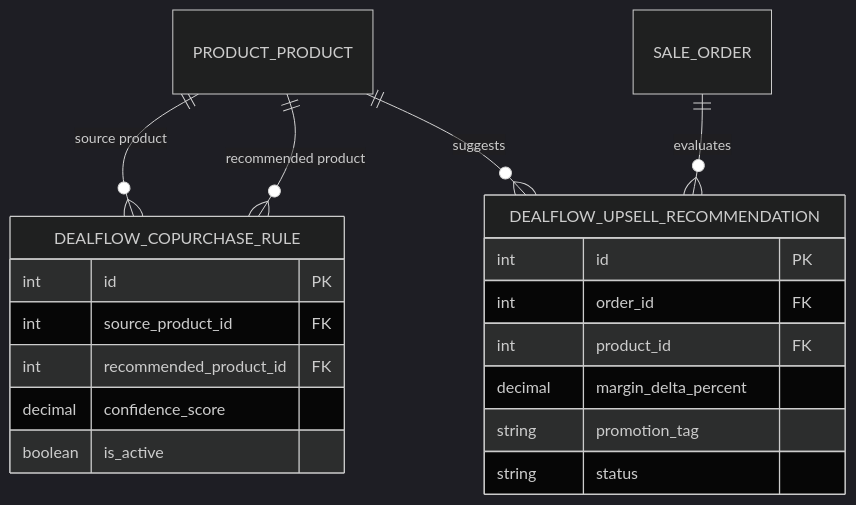
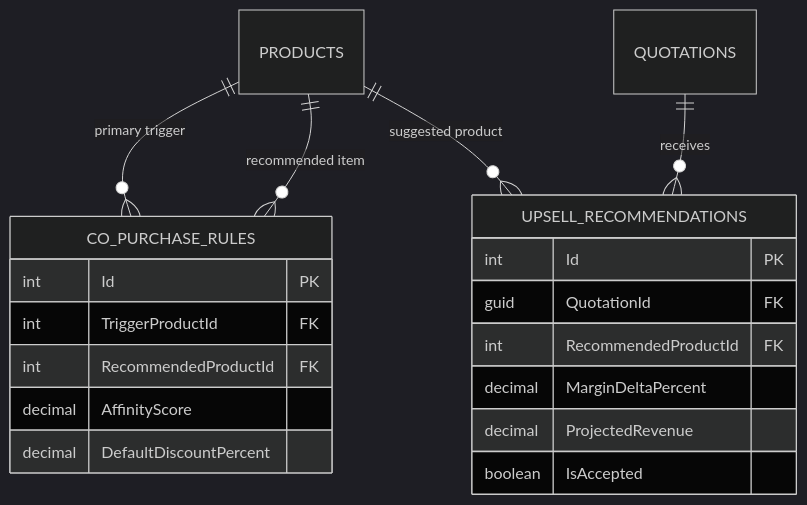
Before and after one commit to aniruddh209/Odoo-Heckathon-Gandhinagar: the fifth of 9 diagrams in docs/database/DEALFLOW360_ERD.md, drawn with Mermaid (dark theme). The commit also changed other lines of this file and 10 other files, not shown here.

Commit message:
chore(architecture): lock stack to React + ASP.NET Core + SQL Server and align documentation

````diff
--- a/docs/database/DEALFLOW360_ERD.md
+++ b/docs/database/DEALFLOW360_ERD.md
@@ -185,24 +166,24 @@
 ```mermaid
 erDiagram
-    PRODUCT_PRODUCT ||--o{ DEALFLOW_COPURCHASE_RULE : "source product"
-    PRODUCT_PRODUCT ||--o{ DEALFLOW_COPURCHASE_RULE : "recommended product"
-    SALE_ORDER ||--o{ DEALFLOW_UPSELL_RECOMMENDATION : "evaluates"
-    PRODUCT_PRODUCT ||--o{ DEALFLOW_UPSELL_RECOMMENDATION : "suggests"
+    PRODUCTS ||--o{ CO_PURCHASE_RULES : "primary trigger"
+    PRODUCTS ||--o{ CO_PURCHASE_RULES : "recommended item"
+    QUOTATIONS ||--o{ UPSELL_RECOMMENDATIONS : "receives"
+    PRODUCTS ||--o{ UPSELL_RECOMMENDATIONS : "suggested product"
 
-    DEALFLOW_COPURCHASE_RULE {
-        int id PK
-        int source_product_id FK
-        int recommended_product_id FK
-        decimal confidence_score
-        boolean is_active
+    CO_PURCHASE_RULES {
+        int Id PK
+        int TriggerProductId FK
+        int RecommendedProductId FK
+        decimal AffinityScore
+        decimal DefaultDiscountPercent
     }
 
-    DEALFLOW_UPSELL_RECOMMENDATION {
-        int id PK
-        int order_id FK
-        int product_id FK
-        decimal margin_delta_percent
-        string promotion_tag
-        string status
+    UPSELL_RECOMMENDATIONS {
+        int Id PK
+        guid QuotationId FK
+        int RecommendedProductId FK
+        decimal MarginDeltaPercent
+        decimal ProjectedRevenue
+        boolean IsAccepted
     }
 ```
````
